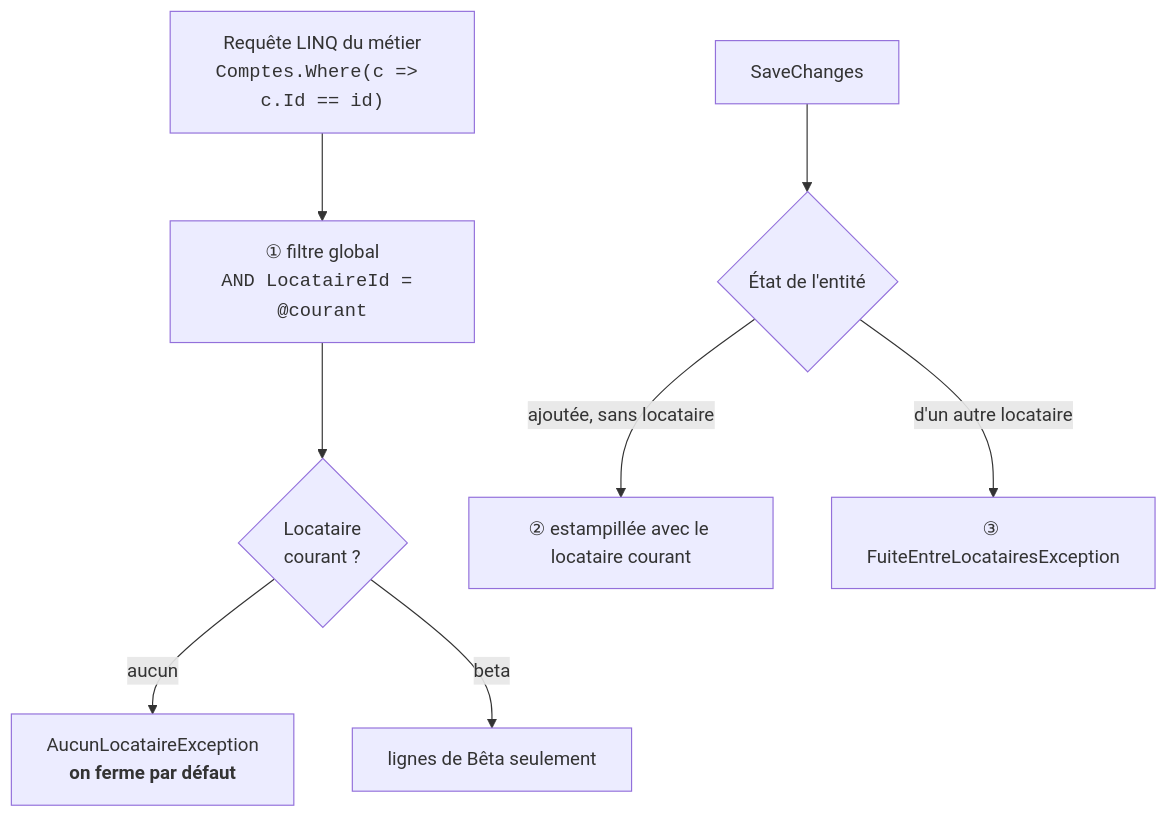
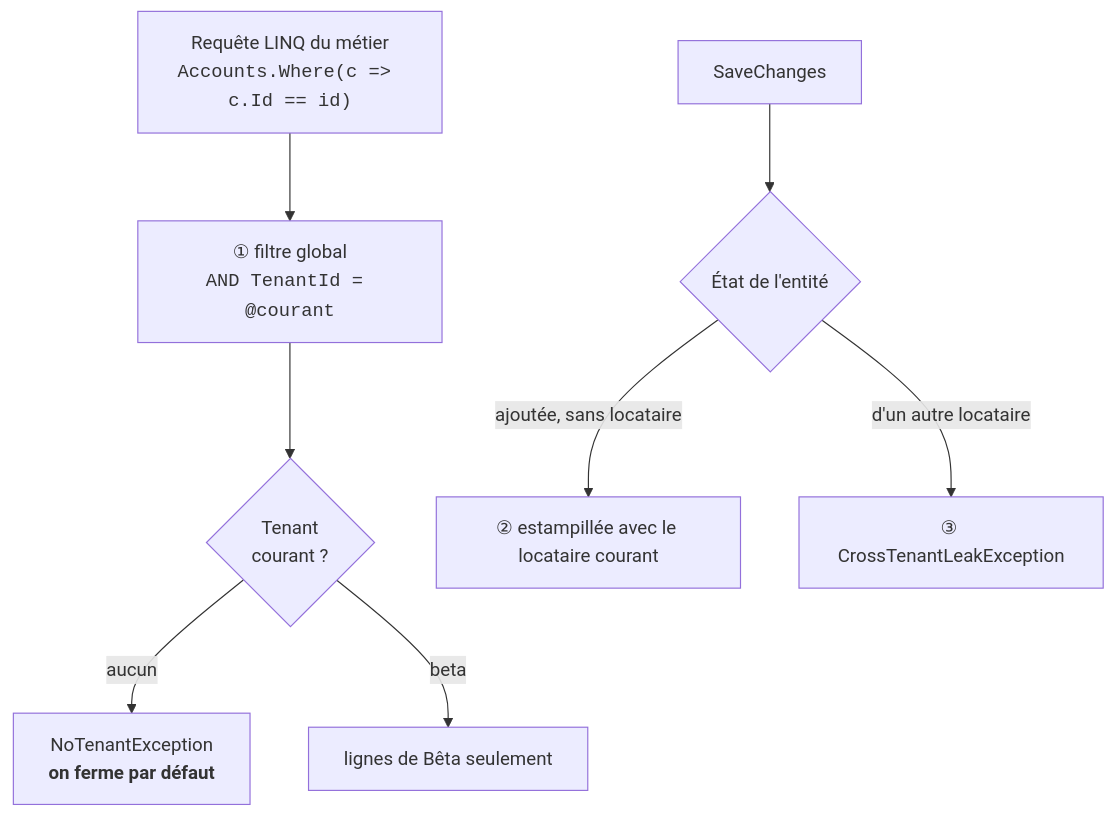
Before and after one commit to drangoht/ArchitecturesDemo: the fourth of 5 diagrams in Docs/15-multi-tenant.md, drawn with Mermaid. The commit also changed other lines of this file and 70 other files, not shown here.

Commit message:
Docs FR : identifiants, liens, diagrammes et sorties alignés sur le code anglais

````diff
--- a/Docs/15-multi-tenant.md
+++ b/Docs/15-multi-tenant.md
@@ -167,10 +167,10 @@
 ```mermaid
 flowchart TD
-    Q["Requête LINQ du métier<br/><code>Comptes.Where(c => c.Id == id)</code>"] --> F["① filtre global<br/><code>AND LocataireId = @courant</code>"]
-    F --> C{"Locataire<br/>courant ?"}
-    C -->|"aucun"| X["AucunLocataireException<br/><b>on ferme par défaut</b>"]
+    Q["Requête LINQ du métier<br/><code>Accounts.Where(c => c.Id == id)</code>"] --> F["① filtre global<br/><code>AND TenantId = @courant</code>"]
+    F --> C{"Tenant<br/>courant ?"}
+    C -->|"aucun"| X["NoTenantException<br/><b>on ferme par défaut</b>"]
     C -->|"beta"| R["lignes de Bêta seulement"]
     W["SaveChanges"] --> E{"État de l'entité"}
     E -->|"ajoutée, sans locataire"| S["② estampillée avec le locataire courant"]
-    E -->|"d'un autre locataire"| Y["③ FuiteEntreLocatairesException"]
+    E -->|"d'un autre locataire"| Y["③ CrossTenantLeakException"]
 ```
````
